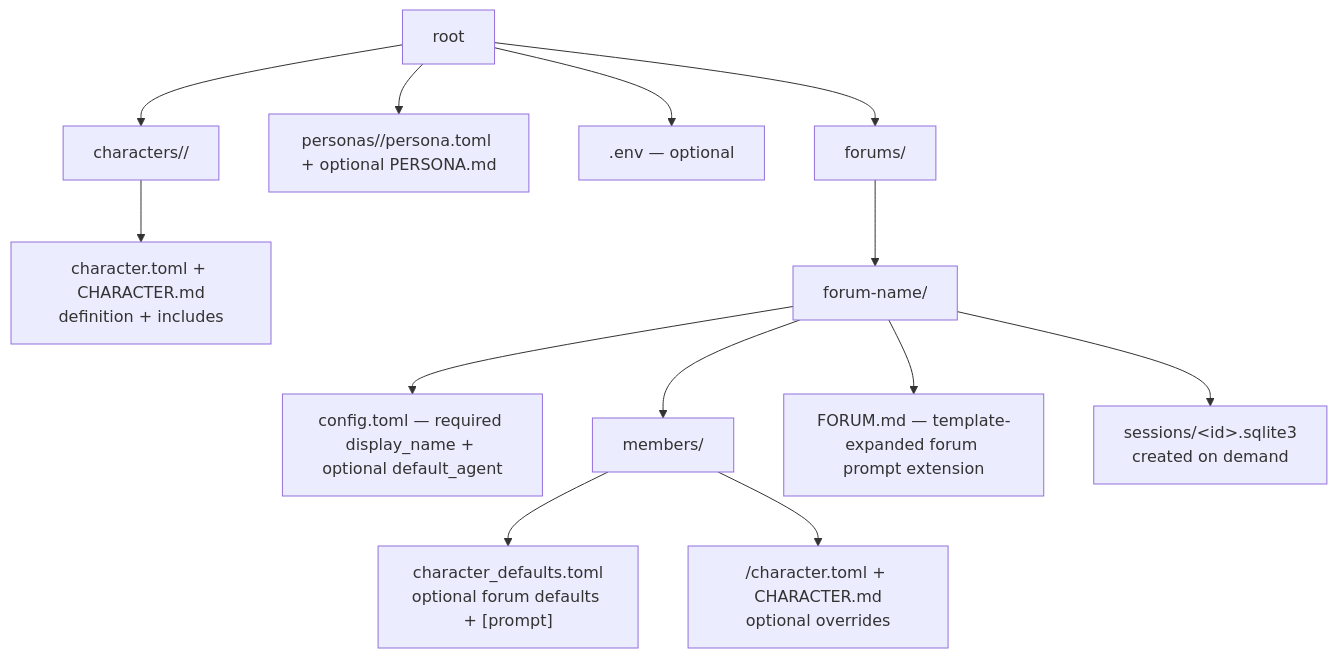
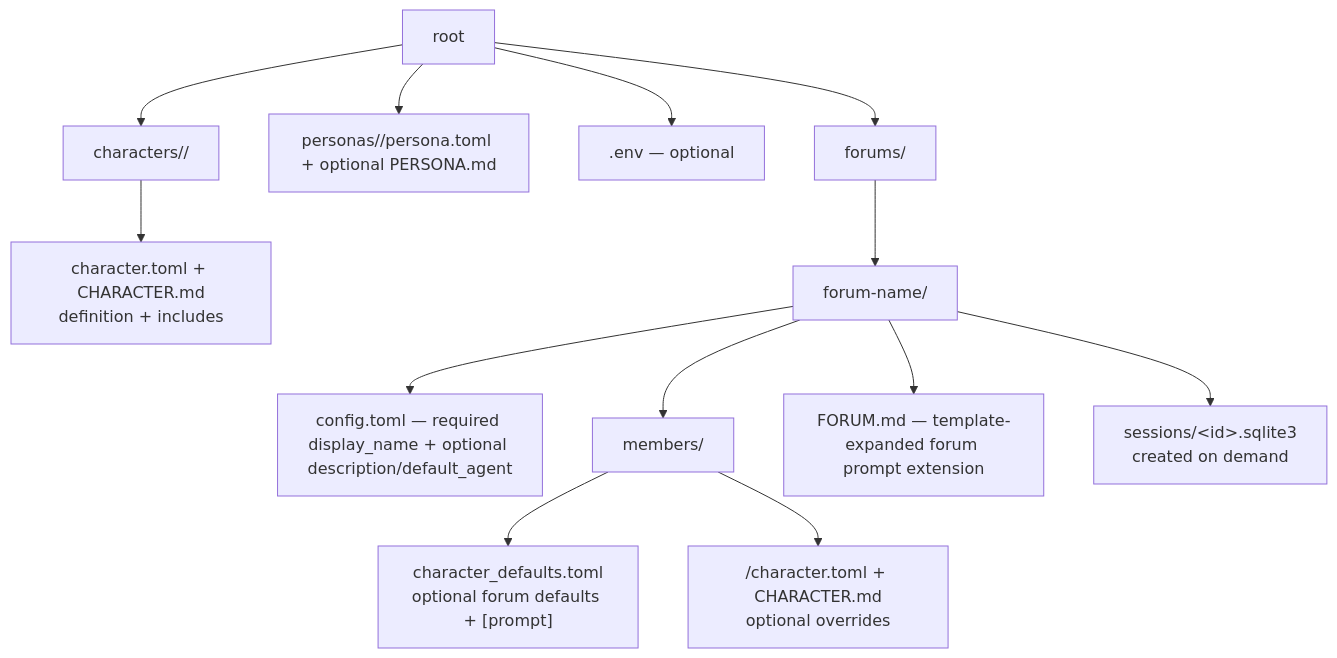
One commit to michaelpopov/cha changed the first of 4 diagrams in src/session/README.md. Above: the diagram before and after it, drawn with Mermaid. The commit also changed other lines of this file and 37 other files, not shown here.

````diff
--- a/src/session/README.md
+++ b/src/session/README.md
@@ -26,15 +26,15 @@
 ```mermaid
 flowchart TD
     root --> forums["forums/"]
     root --> personas["personas/<id>/persona.toml + optional PERSONA.md"]
     root --> env[".env — optional"]
     root --> characters["characters/<id>/"]
     characters --> character["character.toml + CHARACTER.md<br/>definition + includes"]
     forums --> forum["forum-name/"]
-    forum --> config["config.toml — required display_name + optional default_agent"]
+    forum --> config["config.toml — required display_name + optional description/default_agent"]
     forum --> members["members/"]
     members --> base["character_defaults.toml<br/>optional forum defaults + [prompt]"]
     members --> member["<id>/character.toml + CHARACTER.md<br/>optional overrides"]
     forum --> forum_prompt["FORUM.md — template-expanded forum prompt extension"]
     forum --> sessions["sessions/&lt;id&gt;.sqlite3<br/>created on demand"]
 ```
````
